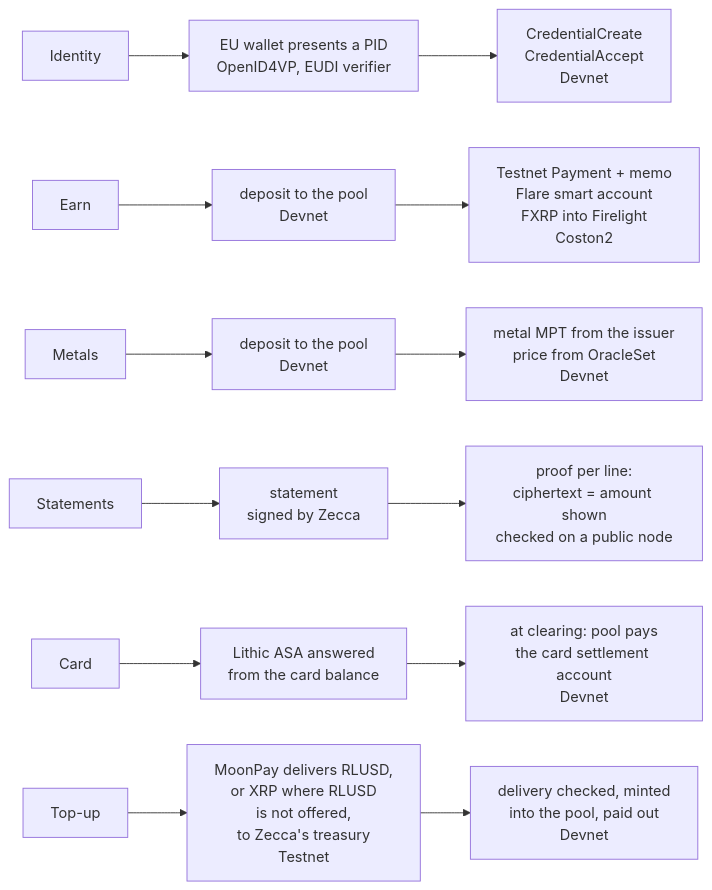
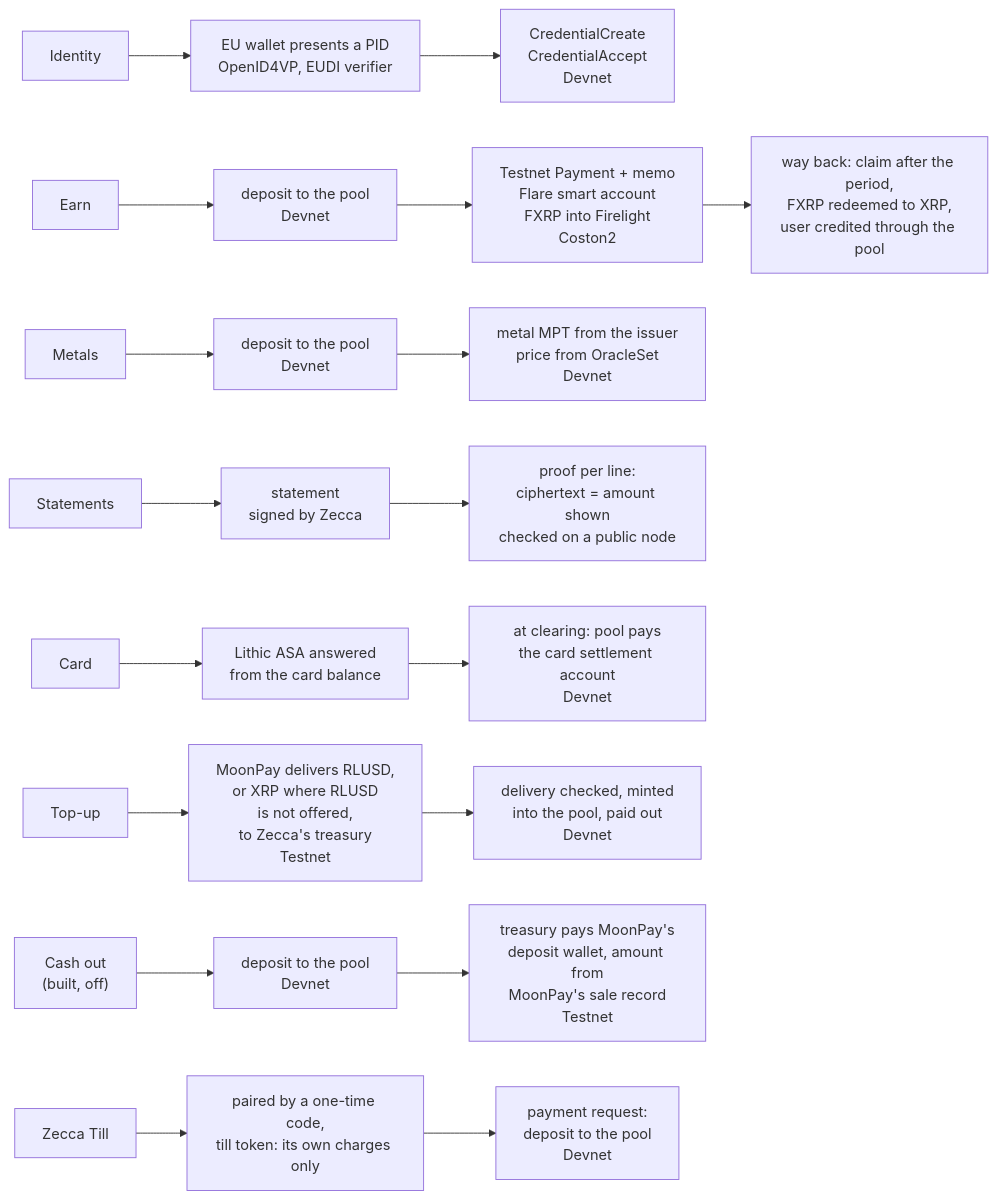
Before and after one commit to FehlmannDy/Zecca: the sixth of 6 diagrams in README.md, drawn with Mermaid. The commit also changed other lines of this file, not shown here.

First line of the commit message:
docs: README covers Zecca Till, merchant sales, Pay with Zecca, cash-out and the Earn way back

````diff
--- a/README.md
+++ b/README.md
@@ -210,9 +216,11 @@
 ```mermaid
 flowchart LR
   id["Identity"] --> id2["EU wallet presents a PID<br/>OpenID4VP, EUDI verifier"] --> id3["CredentialCreate<br/>CredentialAccept<br/>Devnet"]
-  earn["Earn"] --> e2["deposit to the pool<br/>Devnet"] --> e3["Testnet Payment + memo<br/>Flare smart account<br/>FXRP into Firelight<br/>Coston2"]
+  earn["Earn"] --> e2["deposit to the pool<br/>Devnet"] --> e3["Testnet Payment + memo<br/>Flare smart account<br/>FXRP into Firelight<br/>Coston2"] --> e4["way back: claim after the period,<br/>FXRP redeemed to XRP,<br/>user credited through the pool"]
   metals["Metals"] --> m2["deposit to the pool<br/>Devnet"] --> m3["metal MPT from the issuer<br/>price from OracleSet<br/>Devnet"]
   st["Statements"] --> s2["statement<br/>signed by Zecca"] --> s3["proof per line:<br/>ciphertext = amount shown<br/>checked on a public node"]
   card["Card"] --> c2["Lithic ASA answered<br/>from the card balance"] --> c3["at clearing: pool pays<br/>the card settlement account<br/>Devnet"]
   topup["Top-up"] --> t2["MoonPay delivers RLUSD,<br/>or XRP where RLUSD<br/>is not offered,<br/>to Zecca's treasury<br/>Testnet"] --> t3["delivery checked, minted<br/>into the pool, paid out<br/>Devnet"]
+  cash["Cash out<br/>(built, off)"] --> w2["deposit to the pool<br/>Devnet"] --> w3["treasury pays MoonPay's<br/>deposit wallet, amount from<br/>MoonPay's sale record<br/>Testnet"]
+  till2["Zecca Till"] --> tl2["paired by a one-time code,<br/>till token: its own charges only"] --> tl3["payment request:<br/>deposit to the pool<br/>Devnet"]
 ```
````
